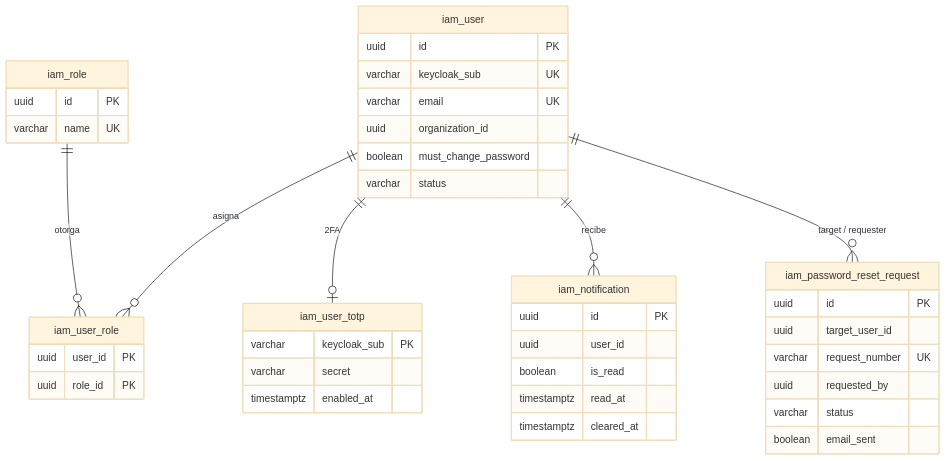
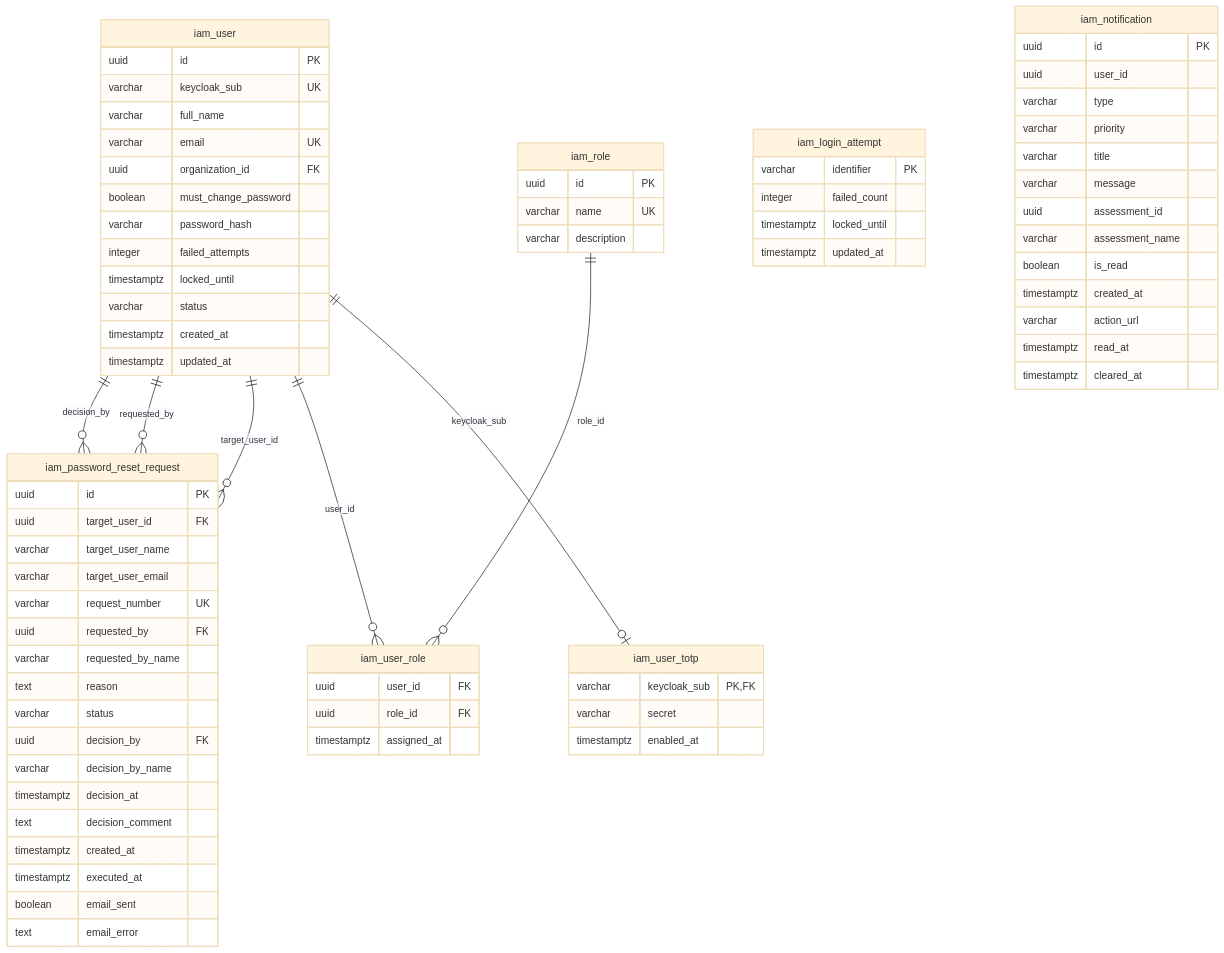
Before and after one commit to jdtovar07/MSPI_NVA_CO_DOCS: the second of 9 diagrams in Documentacion-General/Modelo-Datos-MER.md, drawn with Mermaid (base theme). The commit also changed other lines of this file, not shown here.

Commit message:
docs(mer): complete per-schema ER diagrams with all 73 tables, columns and cross-schema references

````diff
--- a/Documentacion-General/Modelo-Datos-MER.md
+++ b/Documentacion-General/Modelo-Datos-MER.md
@@ -59,45 +120,78 @@
 ```mermaid
 erDiagram
-  iam_user ||--o{ iam_user_role : asigna
-  iam_role ||--o{ iam_user_role : otorga
-  iam_user ||--o| iam_user_totp : "2FA"
-  iam_user ||--o{ iam_notification : recibe
-  iam_user ||--o{ iam_password_reset_request : "target / requester"
-
-  iam_user {
-    uuid id PK
-    varchar keycloak_sub UK
-    varchar email UK
-    uuid organization_id
-    boolean must_change_password
-    varchar status
-  }
-  iam_role {
-    uuid id PK
-    varchar name UK
-  }
-  iam_user_role {
-    uuid user_id PK
-    uuid role_id PK
-  }
-  iam_user_totp {
-    varchar keycloak_sub PK
-    varchar secret
-    timestamptz enabled_at
+  iam_user ||--o{ iam_password_reset_request : "decision_by"
+  iam_user ||--o{ iam_password_reset_request : "requested_by"
+  iam_user ||--o{ iam_password_reset_request : "target_user_id"
+  iam_role ||--o{ iam_user_role : "role_id"
+  iam_user ||--o{ iam_user_role : "user_id"
+  iam_user ||--o| iam_user_totp : "keycloak_sub"
+  iam_login_attempt {
+    varchar identifier PK
+    integer failed_count
+    timestamptz locked_until
+    timestamptz updated_at
   }
   iam_notification {
     uuid id PK
     uuid user_id
+    varchar type
+    varchar priority
+    varchar title
+    varchar message
+    uuid assessment_id
+    varchar assessment_name
     boolean is_read
+    timestamptz created_at
+    varchar action_url
     timestamptz read_at
     timestamptz cleared_at
   }
   iam_password_reset_request {
     uuid id PK
-    uuid target_user_id
+    uuid target_user_id FK
+    varchar target_user_name
+    varchar target_user_email
     varchar request_number UK
-    uuid requested_by
+    uuid requested_by FK
+    varchar requested_by_name
+    text reason
     varchar status
+    uuid decision_by FK
+    varchar decision_by_name
+    timestamptz decision_at
+    text decision_comment
+    timestamptz created_at
+    timestamptz executed_at
     boolean email_sent
+    text email_error
+  }
+  iam_role {
+    uuid id PK
+    varchar name UK
+    varchar description
+  }
+  iam_user {
+    uuid id PK
+    varchar keycloak_sub UK
+    varchar full_name
+    varchar email UK
+    uuid organization_id FK
+    boolean must_change_password
+    varchar password_hash
+    integer failed_attempts
+    timestamptz locked_until
+    varchar status
+    timestamptz created_at
+    timestamptz updated_at
+  }
+  iam_user_role {
+    uuid user_id FK
+    uuid role_id FK
+    timestamptz assigned_at
+  }
+  iam_user_totp {
+    varchar keycloak_sub PK,FK
+    varchar secret
+    timestamptz enabled_at
   }
 ```
````
